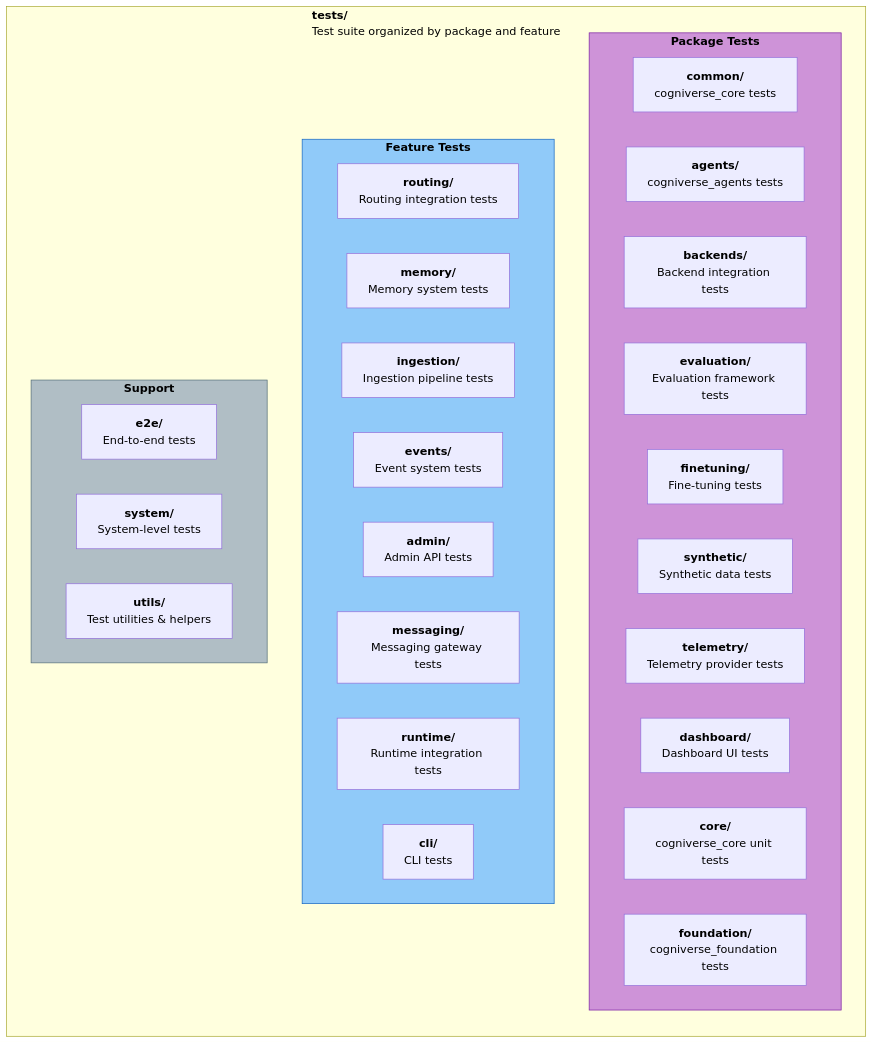
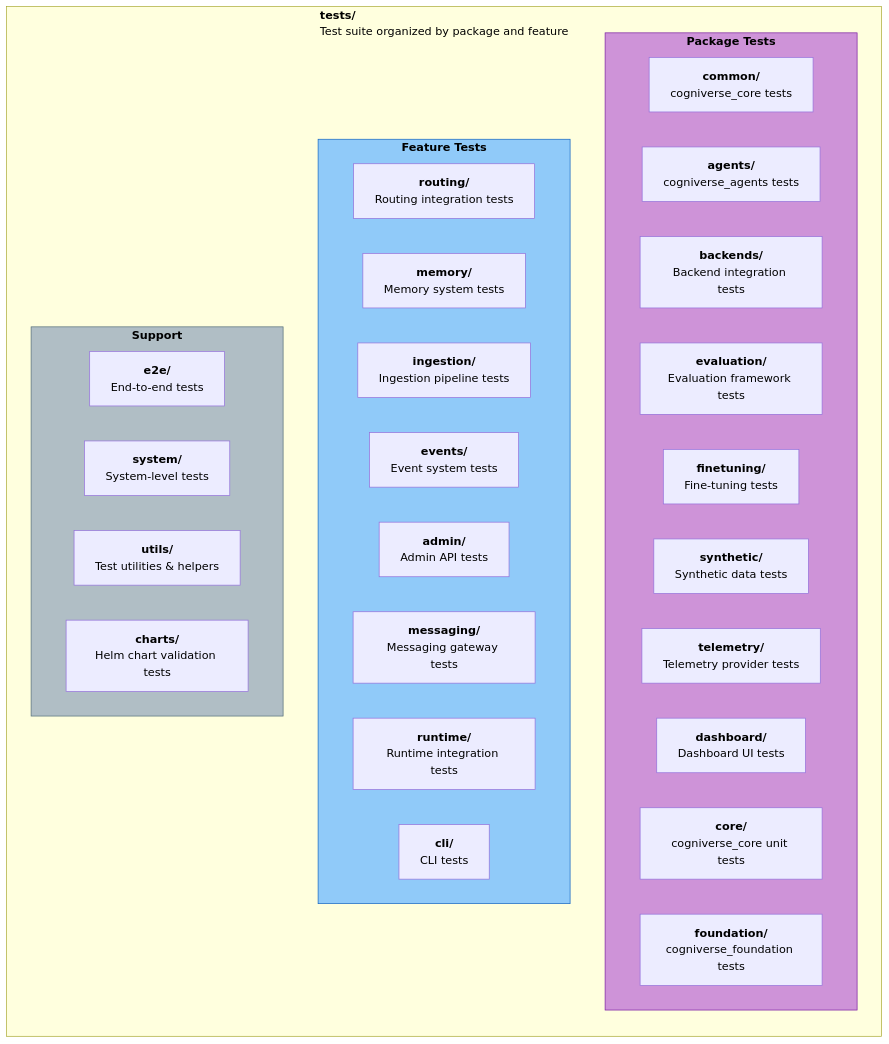
One commit to amit-jain/cogniverse changed the fifth of 5 diagrams in docs/DEVELOPER_GUIDE.md. Above: the diagram before and after it, drawn with Mermaid. The commit also changed other lines of this file and 50 other files, not shown here.

First line of the commit message:
Complete and verify docs against code with mermaid palette

````diff
--- a/docs/DEVELOPER_GUIDE.md
+++ b/docs/DEVELOPER_GUIDE.md
@@ -672,41 +699,42 @@
 ```mermaid
 flowchart TB
     subgraph TESTS["<span style='color:#000'><b>tests/</b><br/>Test suite organized by package and feature</span>"]
         direction TB
 
         subgraph PKG_TESTS["<span style='color:#000'><b>Package Tests</b></span>"]
             test_common["<span style='color:#000'><b>common/</b><br/>cogniverse_core tests</span>"]
             test_agents["<span style='color:#000'><b>agents/</b><br/>cogniverse_agents tests</span>"]
             test_backends["<span style='color:#000'><b>backends/</b><br/>Backend integration tests</span>"]
             test_evaluation["<span style='color:#000'><b>evaluation/</b><br/>Evaluation framework tests</span>"]
             test_finetuning["<span style='color:#000'><b>finetuning/</b><br/>Fine-tuning tests</span>"]
             test_synthetic["<span style='color:#000'><b>synthetic/</b><br/>Synthetic data tests</span>"]
             test_telemetry["<span style='color:#000'><b>telemetry/</b><br/>Telemetry provider tests</span>"]
             test_dashboard["<span style='color:#000'><b>dashboard/</b><br/>Dashboard UI tests</span>"]
             test_core["<span style='color:#000'><b>core/</b><br/>cogniverse_core unit tests</span>"]
             test_foundation["<span style='color:#000'><b>foundation/</b><br/>cogniverse_foundation tests</span>"]
         end
 
         subgraph FEATURE_TESTS["<span style='color:#000'><b>Feature Tests</b></span>"]
             test_routing["<span style='color:#000'><b>routing/</b><br/>Routing integration tests</span>"]
             test_memory["<span style='color:#000'><b>memory/</b><br/>Memory system tests</span>"]
             test_ingestion["<span style='color:#000'><b>ingestion/</b><br/>Ingestion pipeline tests</span>"]
             test_events["<span style='color:#000'><b>events/</b><br/>Event system tests</span>"]
             test_admin["<span style='color:#000'><b>admin/</b><br/>Admin API tests</span>"]
             test_messaging["<span style='color:#000'><b>messaging/</b><br/>Messaging gateway tests</span>"]
             test_runtime["<span style='color:#000'><b>runtime/</b><br/>Runtime integration tests</span>"]
             test_cli["<span style='color:#000'><b>cli/</b><br/>CLI tests</span>"]
         end
 
         subgraph SUPPORT_TESTS["<span style='color:#000'><b>Support</b></span>"]
             test_e2e["<span style='color:#000'><b>e2e/</b><br/>End-to-end tests</span>"]
             test_system["<span style='color:#000'><b>system/</b><br/>System-level tests</span>"]
             test_utils["<span style='color:#000'><b>utils/</b><br/>Test utilities & helpers</span>"]
+            test_charts["<span style='color:#000'><b>charts/</b><br/>Helm chart validation tests</span>"]
         end
     end
 
     %% Styling
     style PKG_TESTS fill:#ce93d8,stroke:#7b1fa2,color:#000
     style FEATURE_TESTS fill:#90caf9,stroke:#1565c0,color:#000
     style SUPPORT_TESTS fill:#b0bec5,stroke:#546e7a,color:#000
 ```
````
